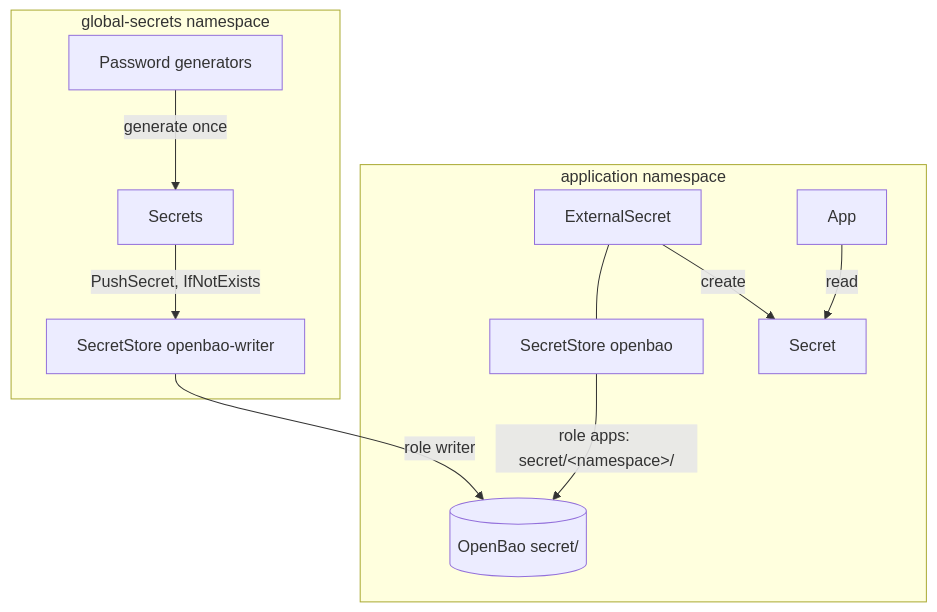
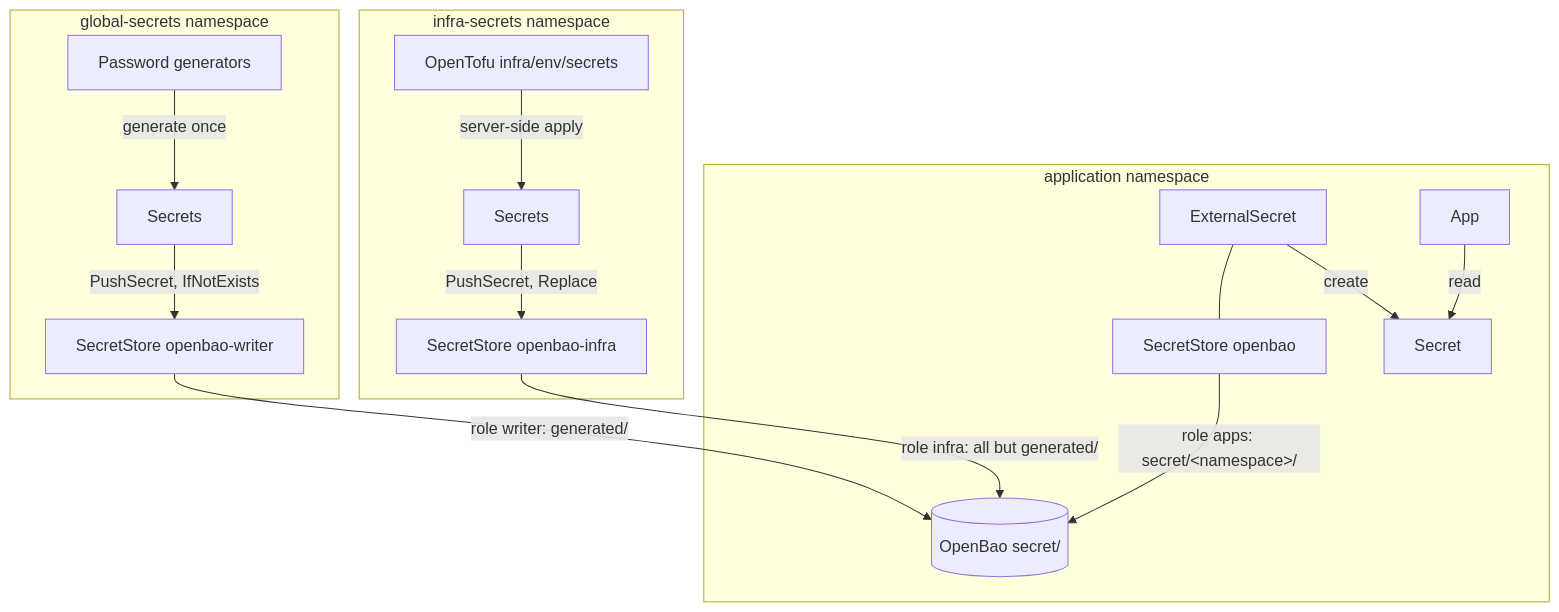
One commit to duongle-steven/homelab changed the diagram in docs/concepts/secrets-management.md. Above: the diagram before and after it, drawn with Mermaid. The commit also changed other lines of this file and 10 other files, not shown here.

First line of the commit message:
docs: secrets from OpenTofu, alerts through ntfy, external/ gone (step 8b)

````diff
--- a/docs/concepts/secrets-management.md
+++ b/docs/concepts/secrets-management.md
@@ -12,14 +17,19 @@
 ```mermaid
 flowchart TD
   subgraph global-secrets[global-secrets namespace]
     generators[Password generators] -- generate once --> source[Secrets]
     source -- PushSecret, IfNotExists --> writer[SecretStore openbao-writer]
   end
-  writer -- role writer --> openbao[(OpenBao secret/)]
+  writer -- role writer: generated/ --> openbao[(OpenBao secret/)]
+  subgraph infra-secrets[infra-secrets namespace]
+    tofu[OpenTofu infra/env/secrets] -- server-side apply --> tofusecrets[Secrets]
+    tofusecrets -- PushSecret, Replace --> infra[SecretStore openbao-infra]
+  end
+  infra -- role infra: all but generated/ --> openbao
   subgraph app[application namespace]
     store[SecretStore openbao] -- role apps: secret/&lt;namespace&gt;/ --> openbao
     ExternalSecret --- store
     ExternalSecret -- create --> Secret
     App -- read --> Secret
   end
 ```
````
